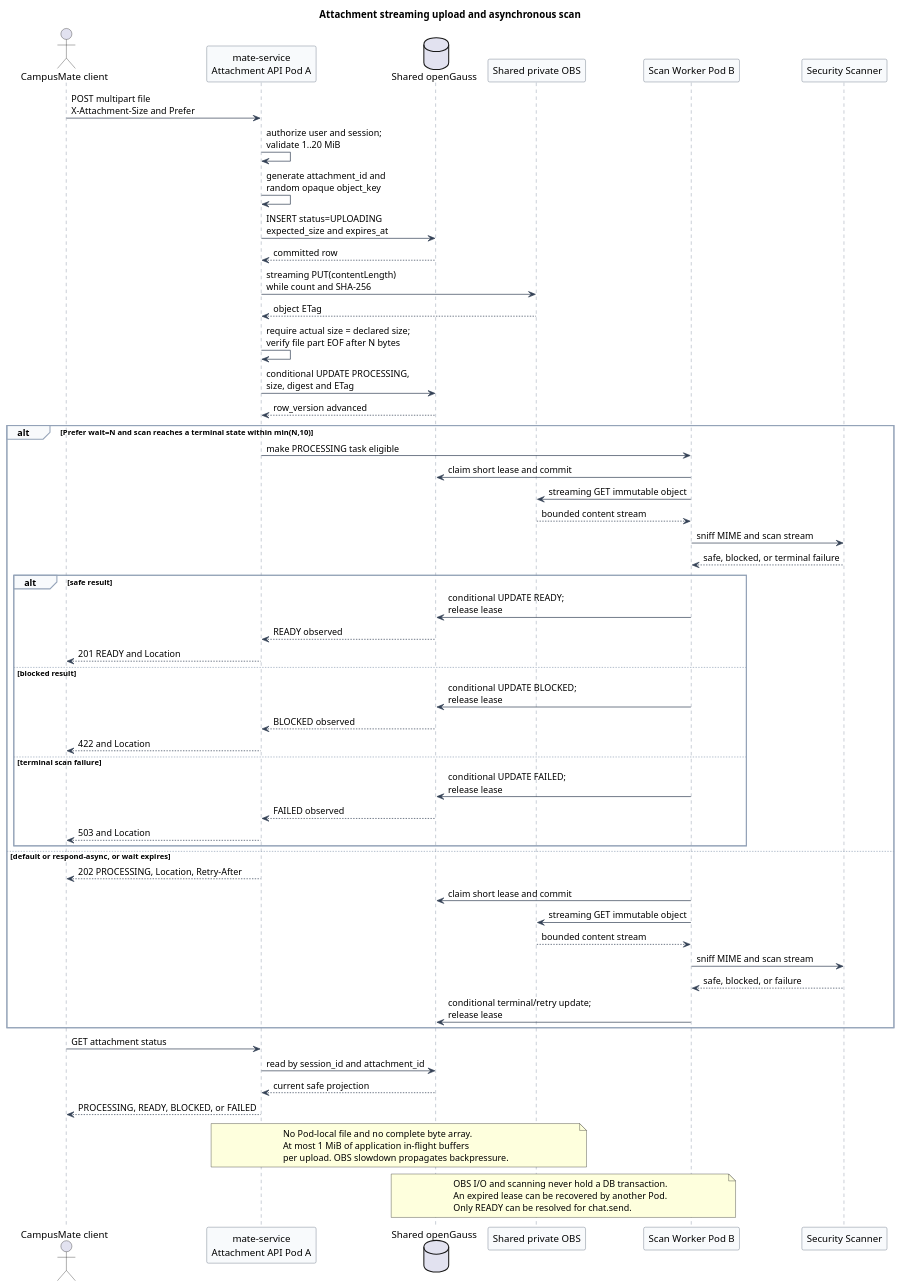
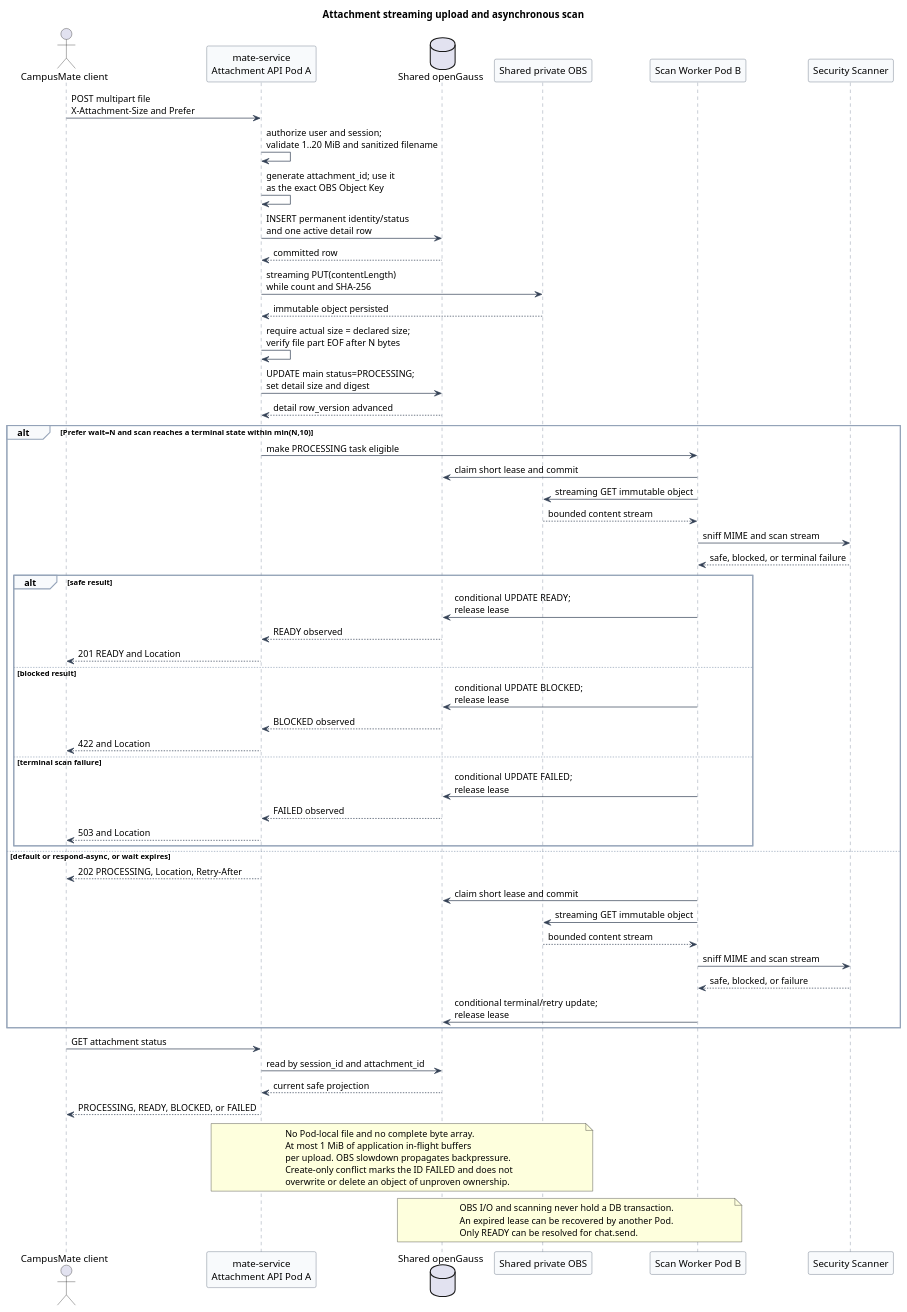
One commit to superheromeZzh/pi-mono-java-design changed the first of 4 diagrams in campusmate-attachment-service/diagram.puml. Above: the diagram before and after it, drawn with PlantUML. The commit also changed other lines of this file and 18 other files, not shown here.

```diff
--- a/campusmate-attachment-service/diagram.puml
+++ b/campusmate-attachment-service/diagram.puml
@@ -6,99 +6,101 @@
 @startuml attachment_upload_and_scan_flow
 title Attachment streaming upload and asynchronous scan
 
 ' Source evidence (pi-mono fc85bdd88be93b1e9a6b6bcfa41c684282ec79cc):
 ' packages/agent/src/agent.ts, prompt(), lines 336-395
 ' packages/ai/src/types.ts, ImageContent, lines 345-349
 ' Source evidence (pi-mono-java 1f7a5423219edfa4519d8719f1cc8a188ed72873):
 ' modules/ai/src/main/java/com/campusclaw/ai/types/UserMessage.java, lines 20-31
 ' modules/ai/src/main/java/com/campusclaw/ai/types/ContentBlock.java, lines 17-24
 ' modules/ai/src/main/java/com/campusclaw/ai/types/ImageContent.java, lines 9-18
 ' docs/plans/ws-chat-followups.md, lines 12-37
 ' External evidence:
 ' Huawei OBS Java SDK streaming upload: obs_21_0602.html and obs_21_0604.html
 ' RFC 7240: respond-async and wait HTTP preferences
 ' Observed behavior: both source baselines support inline image content but do
 ' not implement a generic attachment upload, scan, state, or OBS reference API.
 ' Target design: mate-service streams one known-length file to shared OBS,
 ' persists metadata in openGauss, and scans asynchronously before READY.
 ' Design reason: keep file bytes out of Chat Frames, local disk, and database rows.
 ' Security hardening: uploaded scripts remain untrusted bytes and are never executed.
 
 skinparam backgroundColor #FFFFFF
 skinparam shadowing false
 skinparam defaultFontName Arial
 skinparam sequence {
   ArrowColor #334155
   LifeLineBorderColor #64748B
   LifeLineBackgroundColor #F8FAFC
   ParticipantBorderColor #475569
   ParticipantBackgroundColor #F8FAFC
   GroupBorderColor #94A3B8
   GroupBackgroundColor #F8FAFC
 }
 
 actor "CampusMate client" as Client
 participant "mate-service\nAttachment API Pod A" as API
 database "Shared openGauss" as DB
 participant "Shared private OBS" as OBS
 participant "Scan Worker Pod B" as Worker
 participant "Security Scanner" as Scanner
 
 Client -> API : POST multipart file\nX-Attachment-Size and Prefer
-API -> API : authorize user and session;\nvalidate 1..20 MiB
-API -> API : generate attachment_id and\nrandom opaque object_key
-API -> DB : INSERT status=UPLOADING\nexpected_size and expires_at
+API -> API : authorize user and session;\nvalidate 1..20 MiB and sanitized filename
+API -> API : generate attachment_id; use it\nas the exact OBS Object Key
+API -> DB : INSERT permanent identity/status\nand one active detail row
 DB --> API : committed row
 API -> OBS : streaming PUT(contentLength)\nwhile count and SHA-256
-OBS --> API : object ETag
+OBS --> API : immutable object persisted
 API -> API : require actual size = declared size;\nverify file part EOF after N bytes
-API -> DB : conditional UPDATE PROCESSING,\nsize, digest and ETag
-DB --> API : row_version advanced
+API -> DB : UPDATE main status=PROCESSING;\nset detail size and digest
+DB --> API : detail row_version advanced
 
 alt Prefer wait=N and scan reaches a terminal state within min(N,10)
   API -> Worker : make PROCESSING task eligible
   Worker -> DB : claim short lease and commit
   Worker -> OBS : streaming GET immutable object
   OBS --> Worker : bounded content stream
   Worker -> Scanner : sniff MIME and scan stream
   Scanner --> Worker : safe, blocked, or terminal failure
   alt safe result
     Worker -> DB : conditional UPDATE READY;\nrelease lease
     DB --> API : READY observed
     API --> Client : 201 READY and Location
   else blocked result
     Worker -> DB : conditional UPDATE BLOCKED;\nrelease lease
     DB --> API : BLOCKED observed
     API --> Client : 422 and Location
   else terminal scan failure
     Worker -> DB : conditional UPDATE FAILED;\nrelease lease
     DB --> API : FAILED observed
     API --> Client : 503 and Location
   end
 else default or respond-async, or wait expires
   API --> Client : 202 PROCESSING, Location, Retry-After
   Worker -> DB : claim short lease and commit
   Worker -> OBS : streaming GET immutable object
   OBS --> Worker : bounded content stream
   Worker -> Scanner : sniff MIME and scan stream
   Scanner --> Worker : safe, blocked, or failure
   Worker -> DB : conditional terminal/retry update;\nrelease lease
 end
 
 Client -> API : GET attachment status
 API -> DB : read by session_id and attachment_id
 DB --> API : current safe projection
 API --> Client : PROCESSING, READY, BLOCKED, or FAILED
 
 note over API,OBS
 No Pod-local file and no complete byte array.
 At most 1 MiB of application in-flight buffers
 per upload. OBS slowdown propagates backpressure.
+Create-only conflict marks the ID FAILED and does not
+overwrite or delete an object of unproven ownership.
 end note
 
 note over DB,Worker
 OBS I/O and scanning never hold a DB transaction.
 An expired lease can be recovered by another Pod.
 Only READY can be resolved for chat.send.
 end note
 @enduml
```
